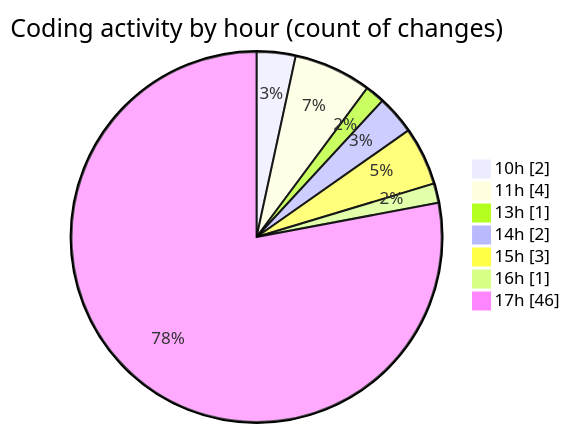
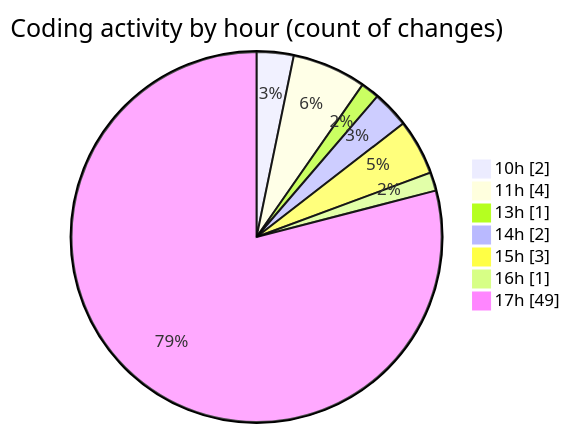
Before and after one commit to nxtqubesakshisongat/code-tracking: the second of 2 diagrams in 2025-05-02/nxtqube_webapp/README.md, drawn with Mermaid. The commit also changed other lines of this file and 1 other file, not shown here.

````diff
--- a/2025-05-02/nxtqube_webapp/README.md
+++ b/2025-05-02/nxtqube_webapp/README.md
@@ -36,11 +36,11 @@
 ```mermaid
 pie showData
 title Coding activity by hour (count of changes)
 "10h" : 2
 "11h" : 4
 "13h" : 1
 "14h" : 2
 "15h" : 3
 "16h" : 1
-"17h" : 46
+"17h" : 49
 ```
````
